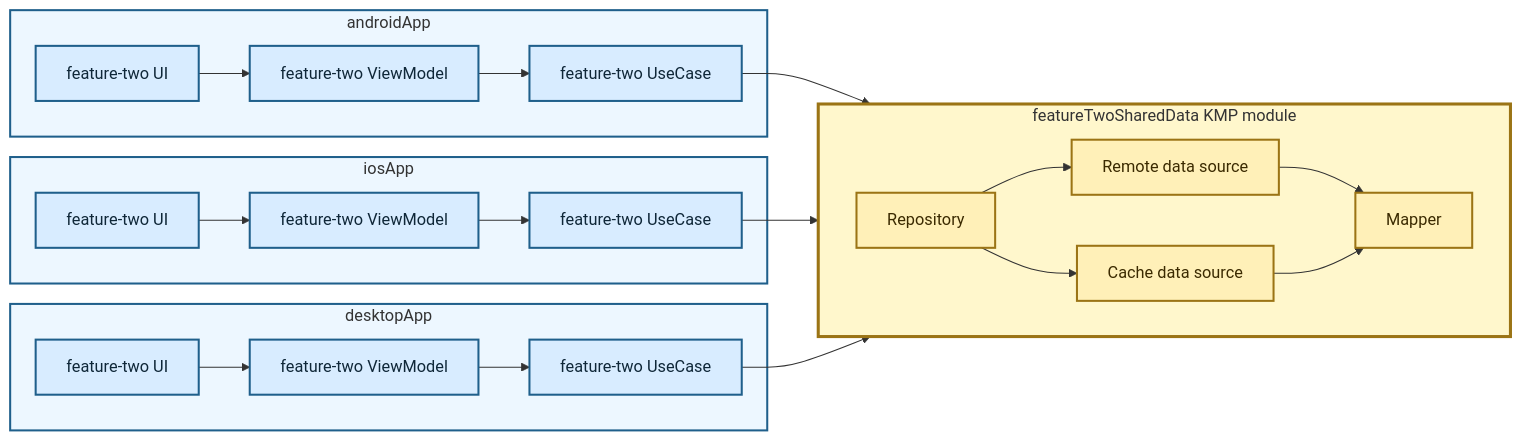
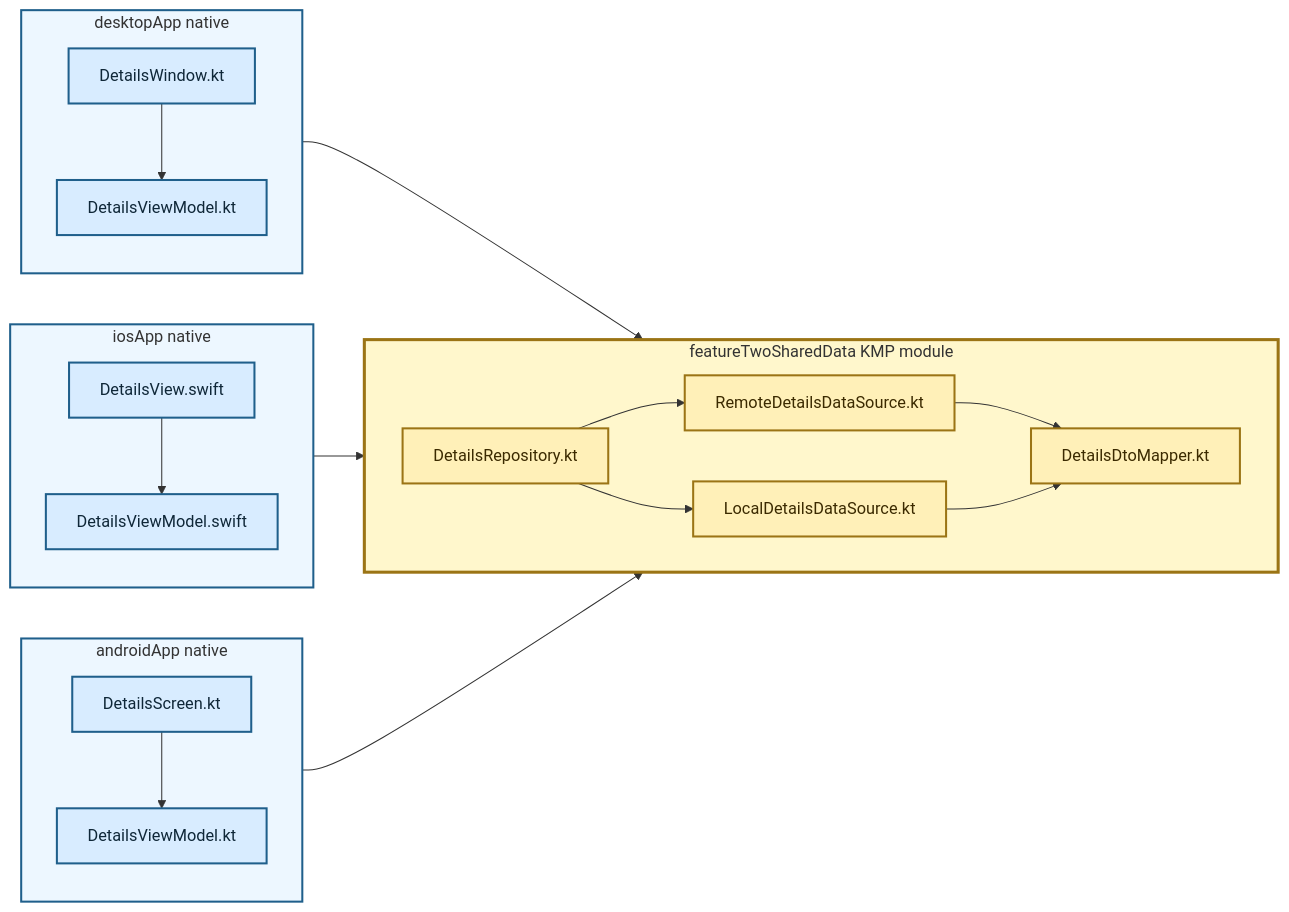
One commit to TheSetox/kmp-sample-diagrams changed the diagram in diagrams/10-modular-kmp-data-layer.md. Above: the diagram before and after it, drawn with Mermaid. The commit also changed other lines of this file and 28 other files, not shown here.

Commit message:
docs: reassess diagram layer boundaries

````diff
--- a/diagrams/10-modular-kmp-data-layer.md
+++ b/diagrams/10-modular-kmp-data-layer.md
@@ -5,48 +5,48 @@
 ```mermaid
 flowchart LR
-  subgraph Android["androidApp"]
-    AF2UI["feature-two UI"]
-    AF2VM["feature-two ViewModel"]
-    AF2UseCase["feature-two UseCase"]
-    AF2UI --> AF2VM --> AF2UseCase
+  subgraph Android["androidApp native"]
+    direction TB
+    AUI["DetailsScreen.kt"]
+    AVM["DetailsViewModel.kt"]
+    AUI --> AVM
   end
 
-  subgraph IOS["iosApp"]
-    IF2UI["feature-two UI"]
-    IF2VM["feature-two ViewModel"]
-    IF2UseCase["feature-two UseCase"]
-    IF2UI --> IF2VM --> IF2UseCase
+  subgraph IOS["iosApp native"]
+    direction TB
+    IUI["DetailsView.swift"]
+    IVM["DetailsViewModel.swift"]
+    IUI --> IVM
   end
 
-  subgraph Desktop["desktopApp"]
-    DF2UI["feature-two UI"]
-    DF2VM["feature-two ViewModel"]
-    DF2UseCase["feature-two UseCase"]
-    DF2UI --> DF2VM --> DF2UseCase
+  subgraph Desktop["desktopApp native"]
+    direction TB
+    DUI["DetailsWindow.kt"]
+    DVM["DetailsViewModel.kt"]
+    DUI --> DVM
   end
 
   subgraph KMP["featureTwoSharedData KMP module"]
     direction LR
-    Repository["Repository"]
-    Remote["Remote data source"]
-    Cache["Cache data source"]
-    Mapper["Mapper"]
+    Repository["DetailsRepository.kt"]
+    Remote["RemoteDetailsDataSource.kt"]
+    Cache["LocalDetailsDataSource.kt"]
+    Mapper["DetailsDtoMapper.kt"]
     Repository --> Remote
     Repository --> Cache
     Remote --> Mapper
     Cache --> Mapper
   end
 
-  AF2UseCase --> Repository
-  IF2UseCase --> Repository
-  DF2UseCase --> Repository
+  AVM --> Repository
+  IVM --> Repository
+  DVM --> Repository
 
   classDef app fill:#d8ecff,stroke:#1f5f8b,color:#0f2738,stroke-width:2px;
   classDef kmp fill:#fff0b8,stroke:#9b7415,color:#3b2a00,stroke-width:2px;
-  class AF2UI,AF2VM,AF2UseCase,IF2UI,IF2VM,IF2UseCase,DF2UI,DF2VM,DF2UseCase app;
+  class AUI,AVM,IUI,IVM,DUI,DVM app;
   class Repository,Remote,Cache,Mapper kmp;
   style Android fill:#edf7ff,stroke:#1f5f8b,stroke-width:2px
   style IOS fill:#edf7ff,stroke:#1f5f8b,stroke-width:2px
   style Desktop fill:#edf7ff,stroke:#1f5f8b,stroke-width:2px
   style KMP fill:#fff7cc,stroke:#9b7415,stroke-width:3px
 ```
````
